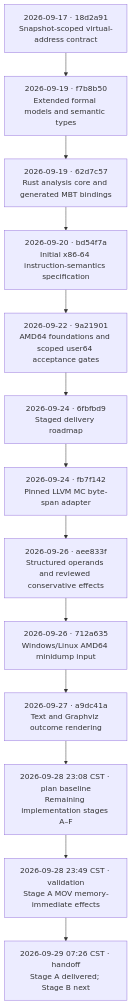
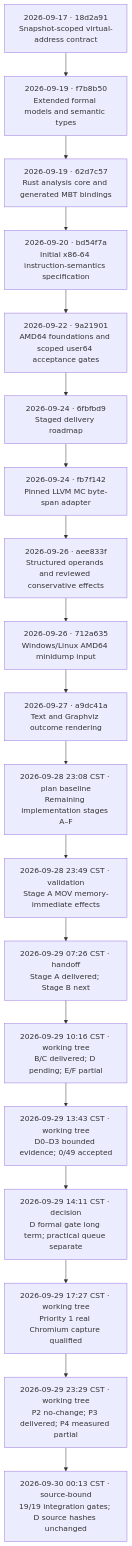
The first of 2 diagrams in CHECKPOINTS.md (NzSN/Ariadne), drawn with Mermaid before and after one commit. The commit also changed other lines of this file and 96 other files, not shown here.

````diff
--- a/CHECKPOINTS.md
+++ b/CHECKPOINTS.md
@@ -8,17 +8,23 @@
 ```mermaid
 flowchart TD
     A["2026-09-17 · 18d2a91<br/>Snapshot-scoped virtual-address contract"]
     B["2026-09-19 · f7b8b50<br/>Extended formal models and semantic types"]
     C["2026-09-19 · 62d7c57<br/>Rust analysis core and generated MBT bindings"]
     D["2026-09-20 · bd54f7a<br/>Initial x86-64 instruction-semantics specification"]
     E["2026-09-22 · 9a21901<br/>AMD64 foundations and scoped user64 acceptance gates"]
     F["2026-09-24 · 6fbfbd9<br/>Staged delivery roadmap"]
     G["2026-09-24 · fb7f142<br/>Pinned LLVM MC byte-span adapter"]
     H["2026-09-26 · aee833f<br/>Structured operands and reviewed conservative effects"]
     I["2026-09-26 · 712a635<br/>Windows/Linux AMD64 minidump input"]
     J["2026-09-27 · a9dc41a<br/>Text and Graphviz outcome rendering"]
     K["2026-09-28 23:08 CST · plan baseline<br/>Remaining implementation stages A–F"]
     L["2026-09-28 23:49 CST · validation<br/>Stage A MOV memory-immediate effects"]
     M["2026-09-29 07:26 CST · handoff<br/>Stage A delivered; Stage B next"]
-    A --> B --> C --> D --> E --> F --> G --> H --> I --> J --> K --> L --> M
+    N["2026-09-29 10:16 CST · working tree<br/>B/C delivered; D pending; E/F partial"]
+    O["2026-09-29 13:43 CST · working tree<br/>D0–D3 bounded evidence; 0/49 accepted"]
+    P["2026-09-29 14:11 CST · decision<br/>D formal gate long term; practical queue separate"]
+    Q["2026-09-29 17:27 CST · working tree<br/>Priority 1 real Chromium capture qualified"]
+    R["2026-09-29 23:29 CST · working tree<br/>P2 no-change; P3 delivered; P4 measured partial"]
+    S["2026-09-30 00:13 CST · source-bound<br/>19/19 integration gates; D source hashes unchanged"]
+    A --> B --> C --> D --> E --> F --> G --> H --> I --> J --> K --> L --> M --> N --> O --> P --> Q --> R --> S
 ```
````
